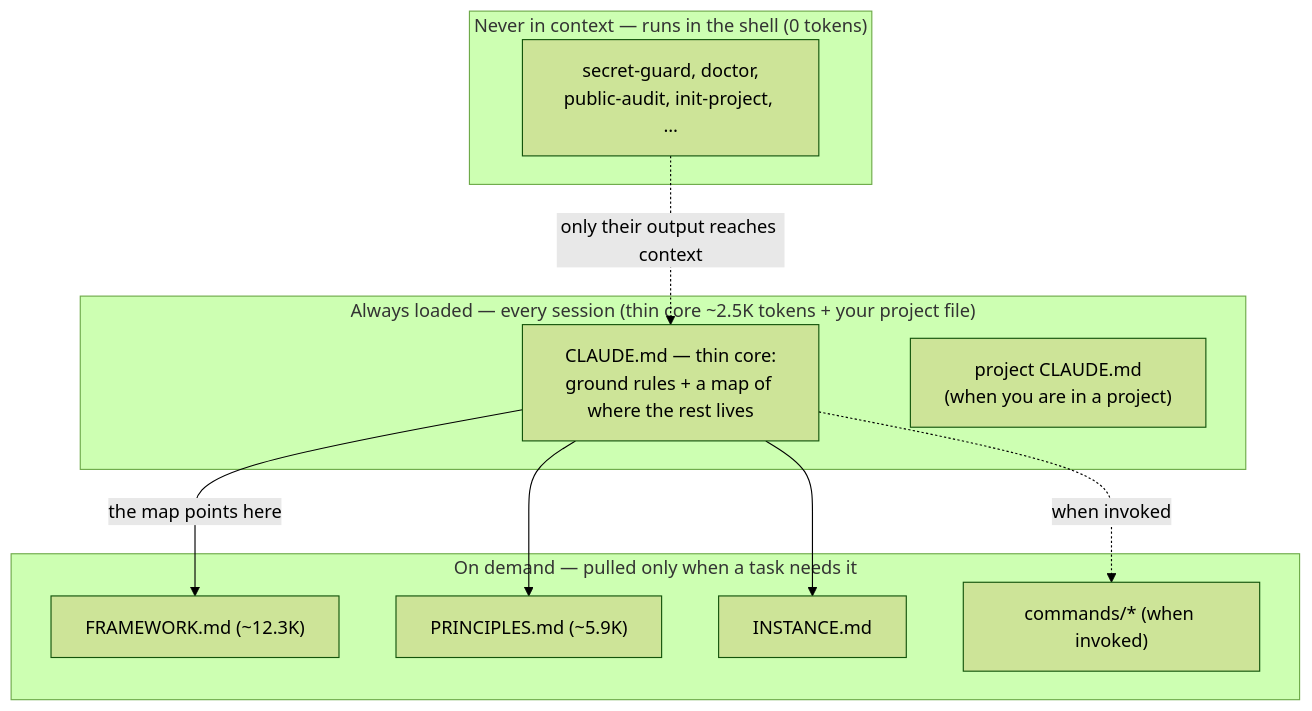
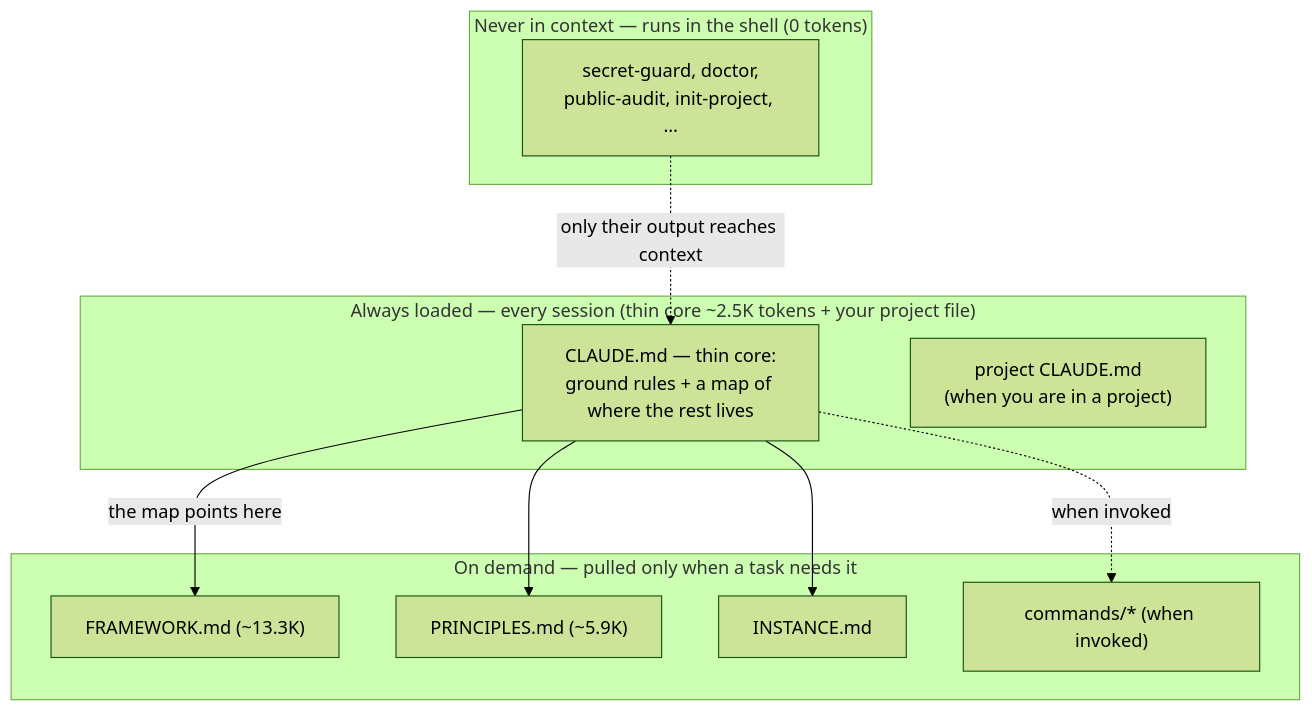
Before and after one commit to rockerlabs/keel: the diagram in README.md, drawn with Mermaid (forest theme). The commit also changed 1 other file, not shown here.

Commit message:
docs: restate FRAMEWORK.md's token figure after the dir #401 edit (~12,300 to ~13,300)
The handoff-note wording in FRAMEWORK.md tipped its measured size (~13,211 to ~13,297 tokens) into
test_doc_figures.sh's near-band note, which test_doc_figures_near_band.sh reads as a dirty clean copy.
The figure is restated where it is quoted: docs/loading-and-cost.md's table row and README.md's diagram.

````diff
--- a/README.md
+++ b/README.md
@@ -125,21 +125,21 @@
 ```mermaid
 flowchart TD
     subgraph always["Always loaded — every session (thin core ~2.5K tokens + your project file)"]
         core["CLAUDE.md — thin core:<br/>ground rules + a map of where the rest lives"]
         proj["project CLAUDE.md<br/>(when you are in a project)"]
     end
     subgraph demand["On demand — pulled only when a task needs it"]
-        fw["FRAMEWORK.md (~12.3K)"]
+        fw["FRAMEWORK.md (~13.3K)"]
         prin["PRINCIPLES.md (~5.9K)"]
         inst["INSTANCE.md"]
         cmd["commands/* (when invoked)"]
     end
     subgraph never["Never in context — runs in the shell (0 tokens)"]
         tools["secret-guard, doctor,<br/>public-audit, init-project, …"]
     end
     core -->|the map points here| fw
     core --> prin
     core --> inst
     core -.->|when invoked| cmd
     tools -.->|only their output reaches context| core
 ```
````
